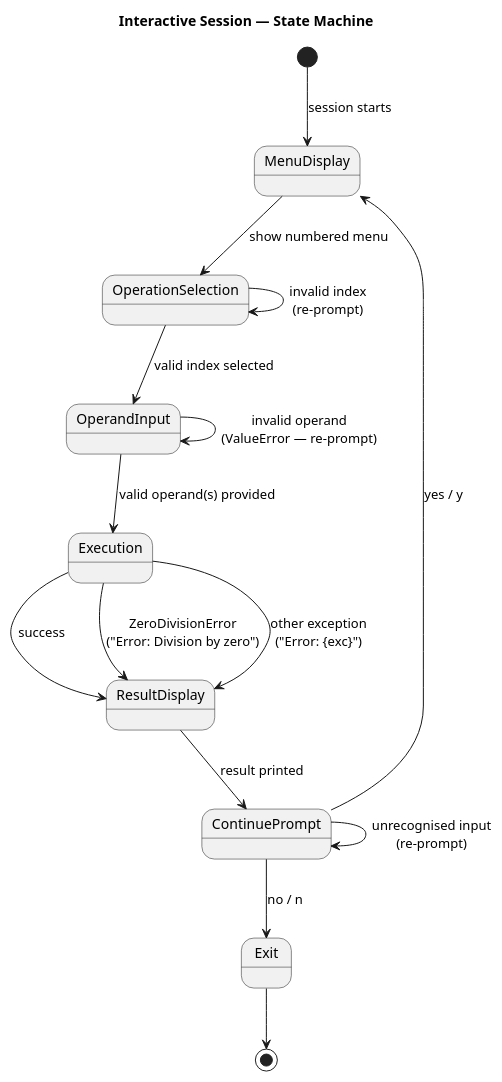
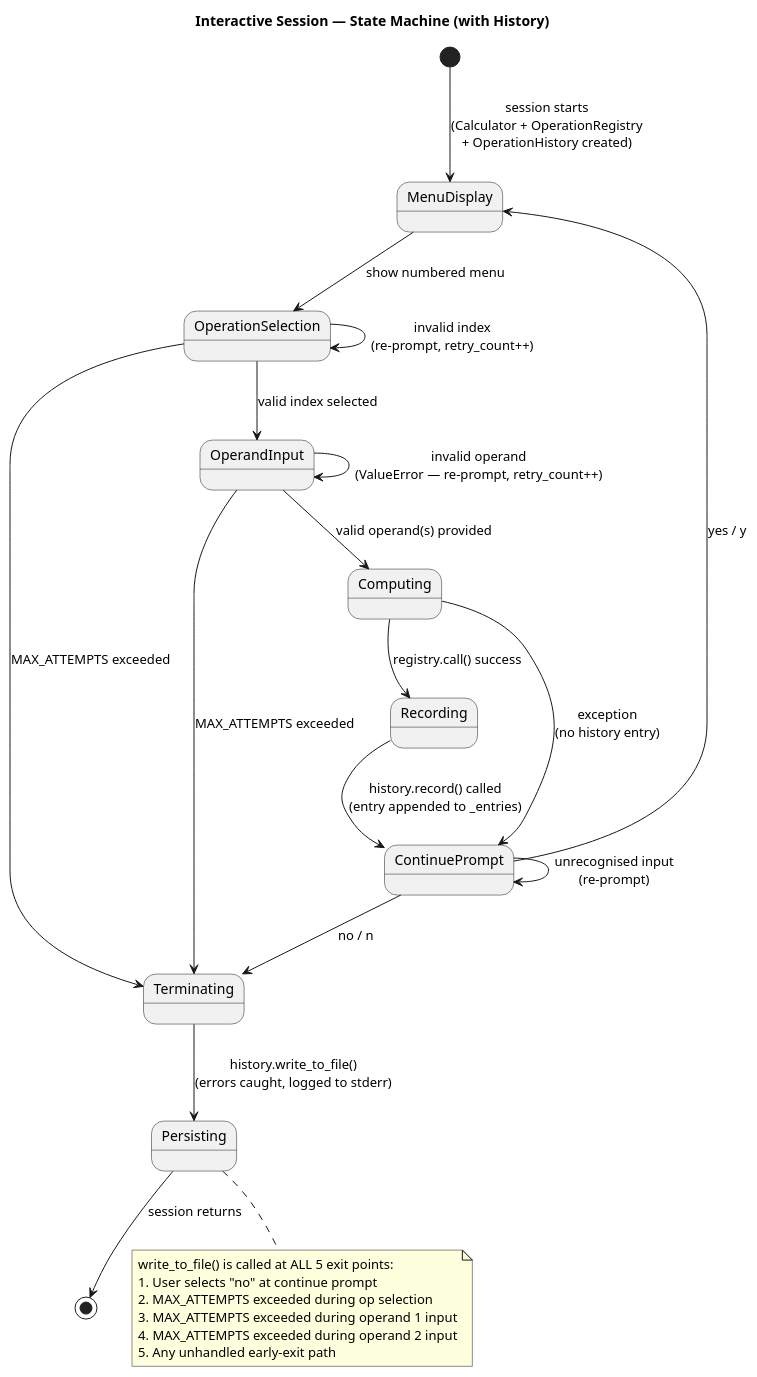
One commit to DanielRiha8906/Calculator_bachelor_autoevolution_team changed the diagram in artifacts/session_state_machine.puml. Above: the diagram before and after it, drawn with PlantUML. The commit also changed 3 other files, not shown here.

First line of the commit message:
update diagrams for session history feature (#397)

```diff
--- a/artifacts/session_state_machine.puml
+++ b/artifacts/session_state_machine.puml
@@ -1,26 +1,37 @@
 @startuml
-title Interactive Session — State Machine
+title Interactive Session — State Machine (with History)
 
-[*] --> MenuDisplay : session starts
+[*] --> MenuDisplay : session starts\n(Calculator + OperationRegistry\n+ OperationHistory created)
 
 MenuDisplay --> OperationSelection : show numbered menu
 
-OperationSelection --> OperationSelection : invalid index\n(re-prompt)
+OperationSelection --> OperationSelection : invalid index\n(re-prompt, retry_count++)
+OperationSelection --> Terminating : MAX_ATTEMPTS exceeded
 OperationSelection --> OperandInput : valid index selected
 
-OperandInput --> OperandInput : invalid operand\n(ValueError — re-prompt)
-OperandInput --> Execution : valid operand(s) provided
+OperandInput --> OperandInput : invalid operand\n(ValueError — re-prompt, retry_count++)
+OperandInput --> Terminating : MAX_ATTEMPTS exceeded
+OperandInput --> Computing : valid operand(s) provided
 
-Execution --> ResultDisplay : success
-Execution --> ResultDisplay : ZeroDivisionError\n("Error: Division by zero")
-Execution --> ResultDisplay : other exception\n("Error: {exc}")
+Computing --> Recording : registry.call() success
+Computing --> ContinuePrompt : exception\n(no history entry)
 
-ResultDisplay --> ContinuePrompt : result printed
+Recording --> ContinuePrompt : history.record() called\n(entry appended to _entries)
 
 ContinuePrompt --> ContinuePrompt : unrecognised input\n(re-prompt)
 ContinuePrompt --> MenuDisplay : yes / y
-ContinuePrompt --> Exit : no / n
+ContinuePrompt --> Terminating : no / n
 
-Exit --> [*]
+Terminating --> Persisting : history.write_to_file()\n(errors caught, logged to stderr)
+Persisting --> [*] : session returns
+
+note bottom of Persisting
+  write_to_file() is called at ALL 5 exit points:
+  1. User selects "no" at continue prompt
+  2. MAX_ATTEMPTS exceeded during op selection
+  3. MAX_ATTEMPTS exceeded during operand 1 input
+  4. MAX_ATTEMPTS exceeded during operand 2 input
+  5. Any unhandled early-exit path
+end note
 
 @enduml
```
